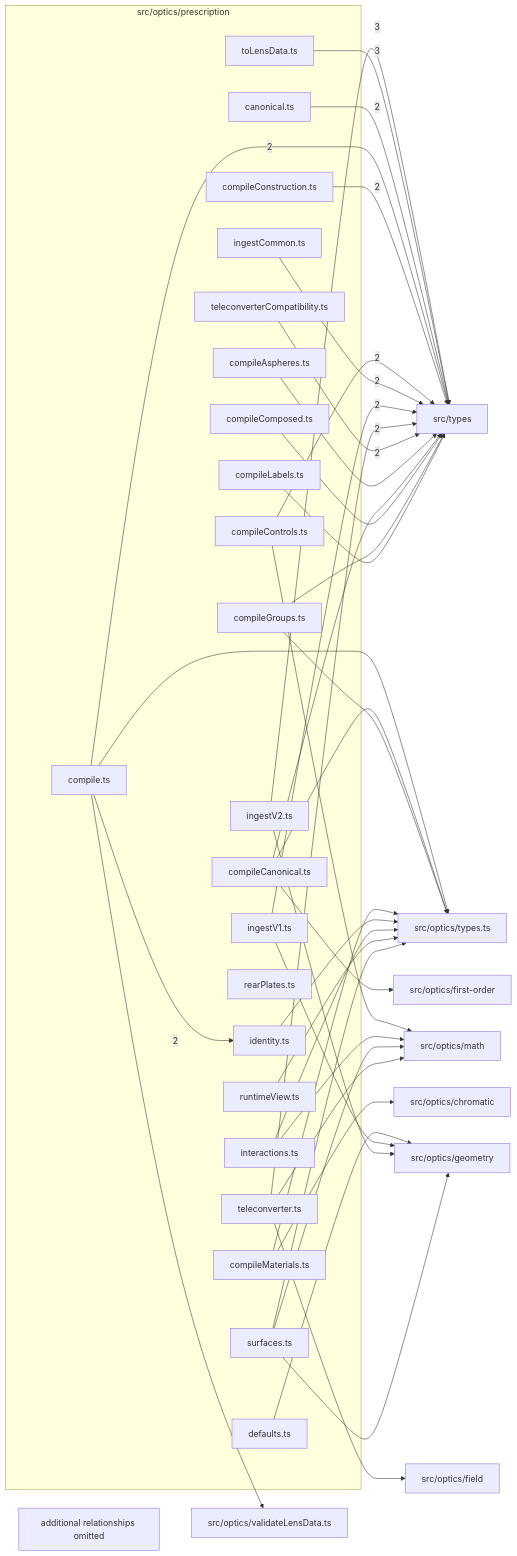
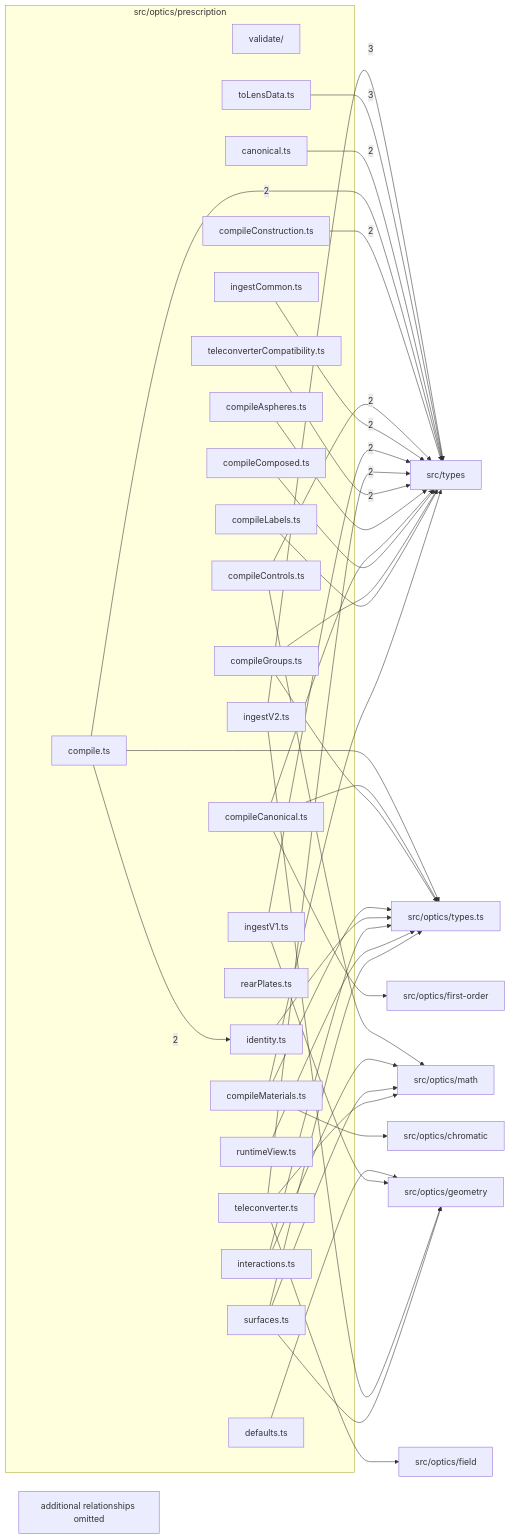
Before and after one commit to ronbuening/LensVisualizer: the diagram in src/optics/prescription/readme.md, drawn with Mermaid. The commit also changed other lines of this file and 37 other files, not shown here.

````diff
--- a/src/optics/prescription/readme.md
+++ b/src/optics/prescription/readme.md
@@ -9,72 +9,72 @@
 ```mermaid
 flowchart LR
   subgraph n_src_optics_prescription["src/optics/prescription"]
+    n_src_optics_prescription_src_optics_prescription_validate["validate/"]
     n_src_optics_prescription_src_optics_prescription_canonical_ts["canonical.ts"]
     n_src_optics_prescription_src_optics_prescription_compile_ts["compile.ts"]
     n_src_optics_prescription_src_optics_prescription_compileAspheres_ts["compileAspheres.ts"]
     n_src_optics_prescription_src_optics_prescription_compileCanonical_ts["compileCanonical.ts"]
     n_src_optics_prescription_src_optics_prescription_compileComposed_ts["compileComposed.ts"]
     n_src_optics_prescription_src_optics_prescription_compileConstruction_ts["compileConstruction.ts"]
     n_src_optics_prescription_src_optics_prescription_compileControls_ts["compileControls.ts"]
     n_src_optics_prescription_src_optics_prescription_compileGroups_ts["compileGroups.ts"]
     n_src_optics_prescription_src_optics_prescription_compileLabels_ts["compileLabels.ts"]
     n_src_optics_prescription_src_optics_prescription_compileMaterials_ts["compileMaterials.ts"]
     n_src_optics_prescription_src_optics_prescription_defaults_ts["defaults.ts"]
     n_src_optics_prescription_src_optics_prescription_identity_ts["identity.ts"]
     n_src_optics_prescription_src_optics_prescription_ingestCommon_ts["ingestCommon.ts"]
     n_src_optics_prescription_src_optics_prescription_ingestV1_ts["ingestV1.ts"]
     n_src_optics_prescription_src_optics_prescription_ingestV2_ts["ingestV2.ts"]
     n_src_optics_prescription_src_optics_prescription_interactions_ts["interactions.ts"]
     n_src_optics_prescription_src_optics_prescription_rearPlates_ts["rearPlates.ts"]
     n_src_optics_prescription_src_optics_prescription_runtimeView_ts["runtimeView.ts"]
     n_src_optics_prescription_src_optics_prescription_surfaces_ts["surfaces.ts"]
     n_src_optics_prescription_src_optics_prescription_teleconverter_ts["teleconverter.ts"]
     n_src_optics_prescription_src_optics_prescription_teleconverterCompatibility_ts["teleconverterCompatibility.ts"]
     n_src_optics_prescription_src_optics_prescription_toLensData_ts["toLensData.ts"]
   end
   n_external_src_types["src/types"]
   n_external_src_optics_chromatic["src/optics/chromatic"]
   n_external_src_optics_field["src/optics/field"]
   n_external_src_optics_first_order["src/optics/first-order"]
   n_external_src_optics_geometry["src/optics/geometry"]
   n_external_src_optics_math["src/optics/math"]
   n_external_src_optics_types_ts["src/optics/types.ts"]
-  n_external_src_optics_validateLensData_ts["src/optics/validateLensData.ts"]
   n_src_optics_prescription_src_optics_prescription_ingestV2_ts --> |3| n_external_src_types
   n_src_optics_prescription_src_optics_prescription_toLensData_ts --> |3| n_external_src_types
   n_src_optics_prescription_src_optics_prescription_canonical_ts --> |2| n_external_src_types
   n_src_optics_prescription_src_optics_prescription_compile_ts --> |2| n_external_src_types
   n_src_optics_prescription_src_optics_prescription_compileConstruction_ts --> |2| n_external_src_types
   n_src_optics_prescription_src_optics_prescription_compileControls_ts --> |2| n_external_src_types
   n_src_optics_prescription_src_optics_prescription_ingestCommon_ts --> |2| n_external_src_types
   n_src_optics_prescription_src_optics_prescription_ingestV1_ts --> |2| n_external_src_types
   n_src_optics_prescription_src_optics_prescription_teleconverter_ts --> |2| n_external_src_types
   n_src_optics_prescription_src_optics_prescription_teleconverterCompatibility_ts --> |2| n_external_src_types
   n_src_optics_prescription_src_optics_prescription_compile_ts --> |2| n_src_optics_prescription_src_optics_prescription_identity_ts
   n_src_optics_prescription_src_optics_prescription_compileMaterials_ts --> n_external_src_optics_chromatic
   n_src_optics_prescription_src_optics_prescription_teleconverter_ts --> n_external_src_optics_field
   n_src_optics_prescription_src_optics_prescription_compileCanonical_ts --> n_external_src_optics_first_order
   n_src_optics_prescription_src_optics_prescription_defaults_ts --> n_external_src_optics_geometry
   n_src_optics_prescription_src_optics_prescription_ingestV1_ts --> n_external_src_optics_geometry
   n_src_optics_prescription_src_optics_prescription_ingestV2_ts --> n_external_src_optics_geometry
   n_src_optics_prescription_src_optics_prescription_surfaces_ts --> n_external_src_optics_geometry
   n_src_optics_prescription_src_optics_prescription_compileControls_ts --> n_external_src_optics_math
   n_src_optics_prescription_src_optics_prescription_interactions_ts --> n_external_src_optics_math
   n_src_optics_prescription_src_optics_prescription_surfaces_ts --> n_external_src_optics_math
   n_src_optics_prescription_src_optics_prescription_teleconverter_ts --> n_external_src_optics_math
   n_src_optics_prescription_src_optics_prescription_compile_ts --> n_external_src_optics_types_ts
   n_src_optics_prescription_src_optics_prescription_compileCanonical_ts --> n_external_src_optics_types_ts
   n_src_optics_prescription_src_optics_prescription_compileGroups_ts --> n_external_src_optics_types_ts
   n_src_optics_prescription_src_optics_prescription_compileMaterials_ts --> n_external_src_optics_types_ts
   n_src_optics_prescription_src_optics_prescription_identity_ts --> n_external_src_optics_types_ts
   n_src_optics_prescription_src_optics_prescription_interactions_ts --> n_external_src_optics_types_ts
   n_src_optics_prescription_src_optics_prescription_runtimeView_ts --> n_external_src_optics_types_ts
   n_src_optics_prescription_src_optics_prescription_surfaces_ts --> n_external_src_optics_types_ts
-  n_src_optics_prescription_src_optics_prescription_compile_ts --> n_external_src_optics_validateLensData_ts
   n_src_optics_prescription_src_optics_prescription_compileAspheres_ts --> n_external_src_types
   n_src_optics_prescription_src_optics_prescription_compileCanonical_ts --> n_external_src_types
   n_src_optics_prescription_src_optics_prescription_compileComposed_ts --> n_external_src_types
   n_src_optics_prescription_src_optics_prescription_compileGroups_ts --> n_external_src_types
   n_src_optics_prescription_src_optics_prescription_compileLabels_ts --> n_external_src_types
+  n_src_optics_prescription_src_optics_prescription_compileMaterials_ts --> n_external_src_types
   n_src_optics_prescription_truncated["additional relationships omitted"]
 ```
````
